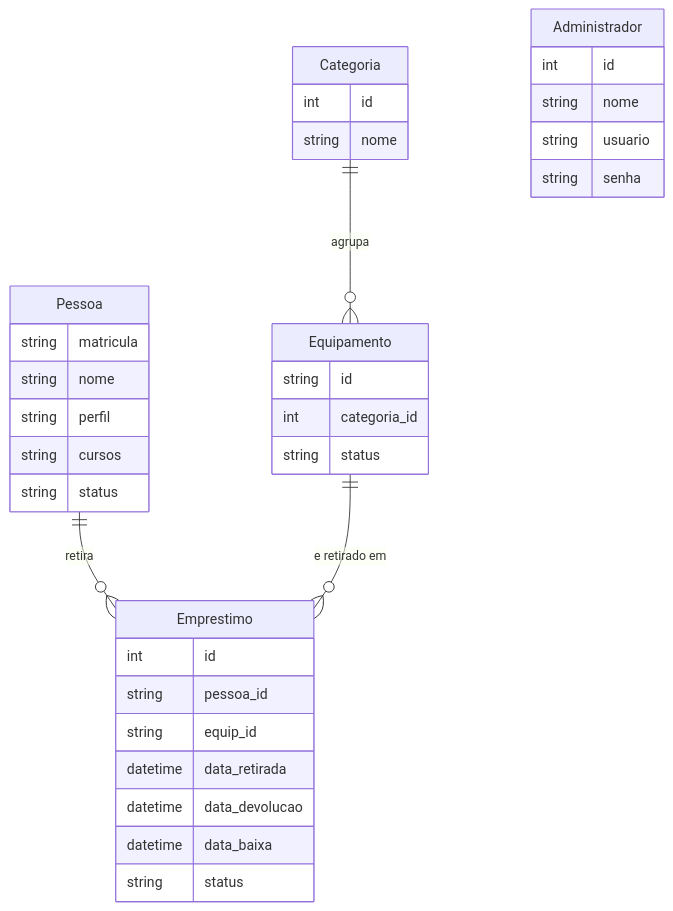
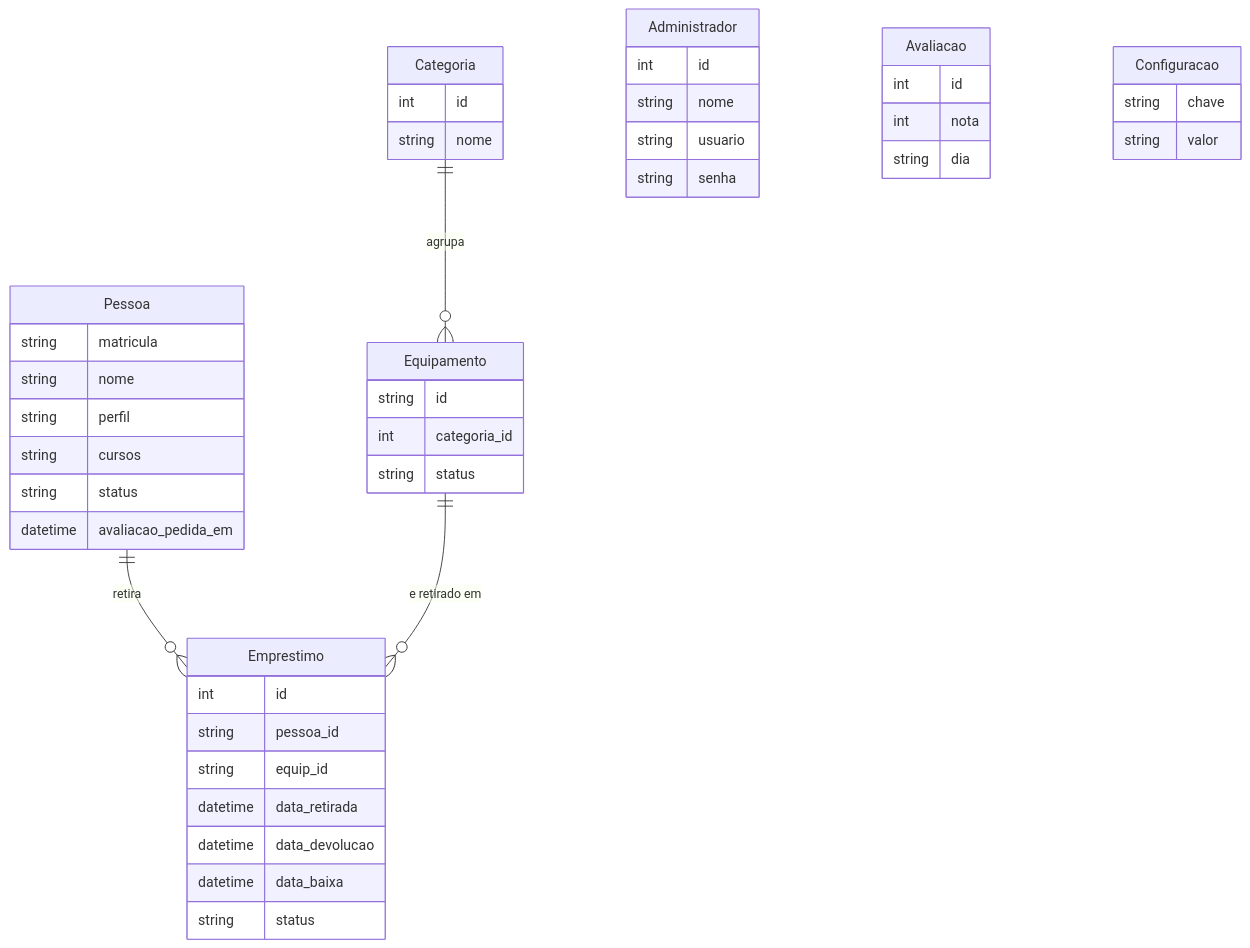
One commit to viccenzo-boff/sistema-emprestimo-equipamentos changed the diagram in docs/sobre/arquitetura-do-sistema.md. Above: the diagram before and after it, drawn with Mermaid. The commit also changed other lines of this file and 21 other files, not shown here.

````diff
--- a/docs/sobre/arquitetura-do-sistema.md
+++ b/docs/sobre/arquitetura-do-sistema.md
@@ -78,37 +78,47 @@
 ```mermaid
 erDiagram
     Pessoa ||--o{ Emprestimo : "retira"
     Equipamento ||--o{ Emprestimo : "e retirado em"
     Categoria ||--o{ Equipamento : "agrupa"
     Administrador {
         int id
         string nome
         string usuario
         string senha
     }
     Pessoa {
         string matricula
         string nome
         string perfil
         string cursos
         string status
+        datetime avaliacao_pedida_em
     }
     Categoria {
         int id
         string nome
     }
     Equipamento {
         string id
         int categoria_id
         string status
     }
     Emprestimo {
         int id
         string pessoa_id
         string equip_id
         datetime data_retirada
         datetime data_devolucao
         datetime data_baixa
         string status
     }
+    Avaliacao {
+        int id
+        int nota
+        string dia
+    }
+    Configuracao {
+        string chave
+        string valor
+    }
 ```
````
